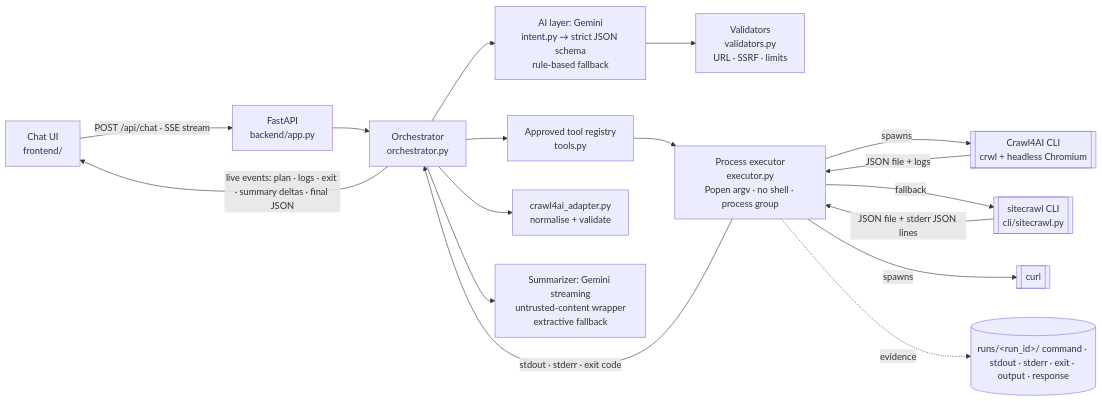
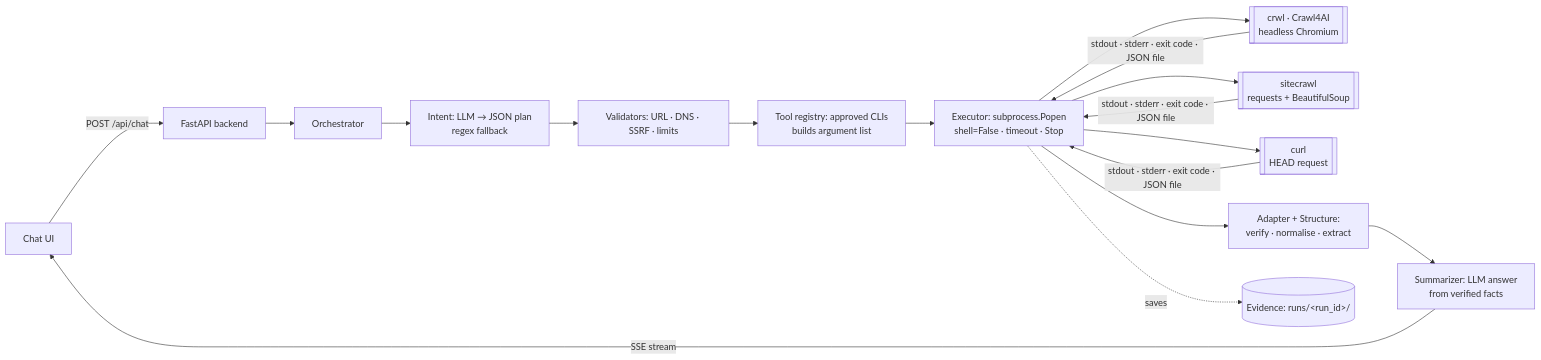
One commit to sam1dh/relay-cli-chat-agent changed the diagram in README.md. Above: the diagram before and after it, drawn with Mermaid. The commit also changed other lines of this file and 8 other files, not shown here.

Commit message:
Rewrite README with step-by-step flow, screenshots and deploy docs

````diff
--- a/README.md
+++ b/README.md
@@ -31,19 +49,17 @@
 ```mermaid
 flowchart LR
-    U[Chat UI<br/>frontend/] -- POST /api/chat · SSE stream --> API[FastAPI<br/>backend/app.py]
-    API --> O[Orchestrator<br/>orchestrator.py]
-    O --> I[AI layer: Gemini<br/>intent.py → strict JSON schema<br/>rule-based fallback]
-    I --> V[Validators<br/>validators.py<br/>URL · SSRF · limits]
-    O --> R[Approved tool registry<br/>tools.py]
-    R --> E[Process executor<br/>executor.py<br/>Popen argv · no shell · process group]
-    E -- spawns --> C4[[Crawl4AI CLI<br/>crwl + headless Chromium]]
-    E -- fallback --> SC[[sitecrawl CLI<br/>cli/sitecrawl.py]]
-    E -- spawns --> CU[[curl]]
-    C4 -- JSON file + logs --> E
-    SC -- JSON file + stderr JSON lines --> E
-    E -- stdout · stderr · exit code --> O
-    O --> AD[crawl4ai_adapter.py<br/>normalise + validate]
-    O --> S[Summarizer: Gemini streaming<br/>untrusted-content wrapper<br/>extractive fallback]
-    O -- live events: plan · logs · exit · summary deltas · final JSON --> U
-    E -. evidence .-> RUNS[(runs/&lt;run_id&gt;/ command · stdout · stderr · exit · output · response)]
+    U[Chat UI] -- POST /api/chat --> API[FastAPI backend]
+    API --> O[Orchestrator]
+    O --> I[Intent: LLM → JSON plan<br/>regex fallback]
+    I --> V[Validators: URL · DNS · SSRF · limits]
+    V --> R[Tool registry: approved CLIs<br/>builds argument list]
+    R --> E[Executor: subprocess.Popen<br/>shell=False · timeout · Stop]
+    E --> C1[[crwl · Crawl4AI<br/>headless Chromium]]
+    E --> C2[[sitecrawl<br/>requests + BeautifulSoup]]
+    E --> C3[[curl<br/>HEAD request]]
+    C1 & C2 & C3 -- stdout · stderr · exit code · JSON file --> E
+    E --> A[Adapter + Structure:<br/>verify · normalise · extract]
+    A --> S[Summarizer: LLM answer<br/>from verified facts]
+    S -- SSE stream --> U
+    E -. saves .-> EV[(Evidence: runs/&lt;run_id&gt;/)]
 ```
````
